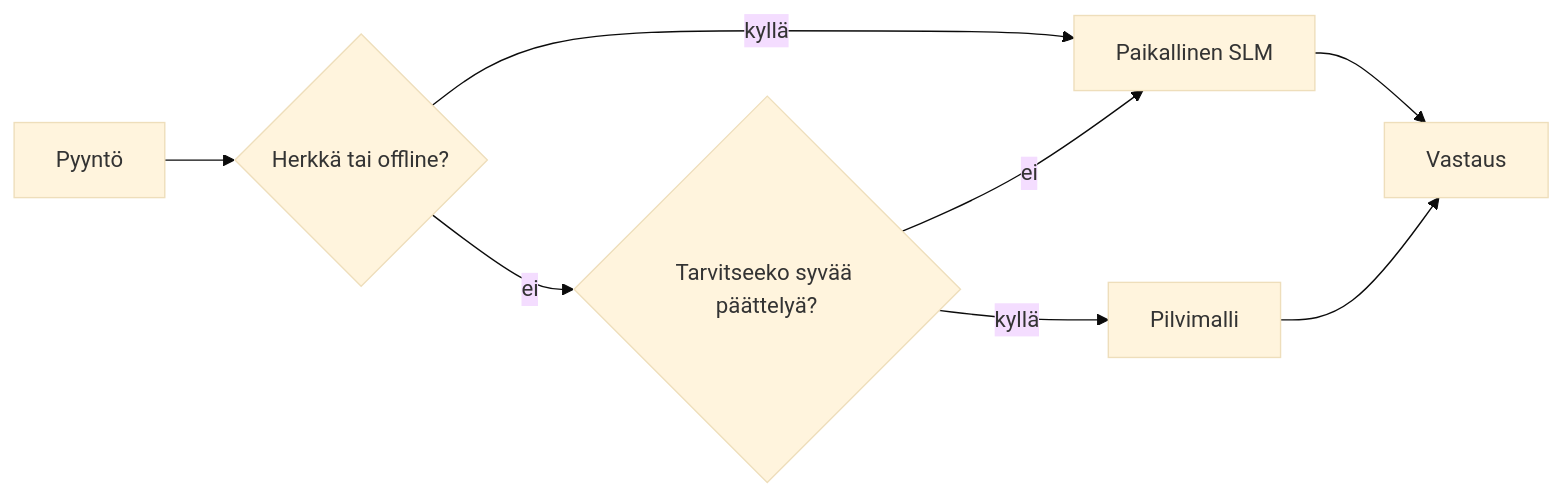
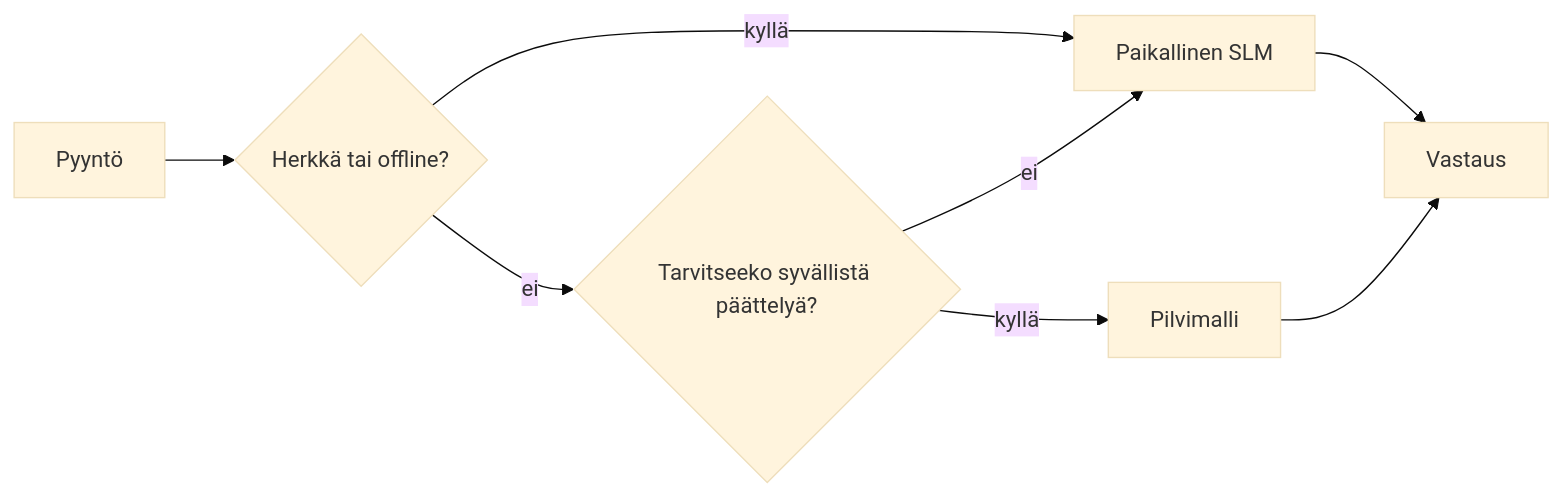
The fourth of 4 diagrams in mirrors/repos/microsoft@ai-agents-for-beginners/translations/fi/17-creating-local-ai-agents/README.md (gabrielmoreira/agent-skills-mirror), drawn with Mermaid (base theme) before and after one commit. The commit also changed other lines of this file and 4262 other files, not shown here.

````diff
--- a/mirrors/repos/microsoft@ai-agents-for-beginners/translations/fi/17-creating-local-ai-agents/README.md
+++ b/mirrors/repos/microsoft@ai-agents-for-beginners/translations/fi/17-creating-local-ai-agents/README.md
@@ -156,10 +156,10 @@
 ```mermaid
 flowchart LR
     Q[Pyyntö] --> S{Herkkä tai offline?}
     S -->|kyllä| L[Paikallinen SLM]
-    S -->|ei| C{Tarvitseeko syvää päättelyä?}
+    S -->|ei| C{Tarvitseeko syvällistä päättelyä?}
     C -->|ei| L
     C -->|kyllä| Cloud[Pilvimalli]
     L --> Out[Vastaus]
     Cloud --> Out
 ```
````
